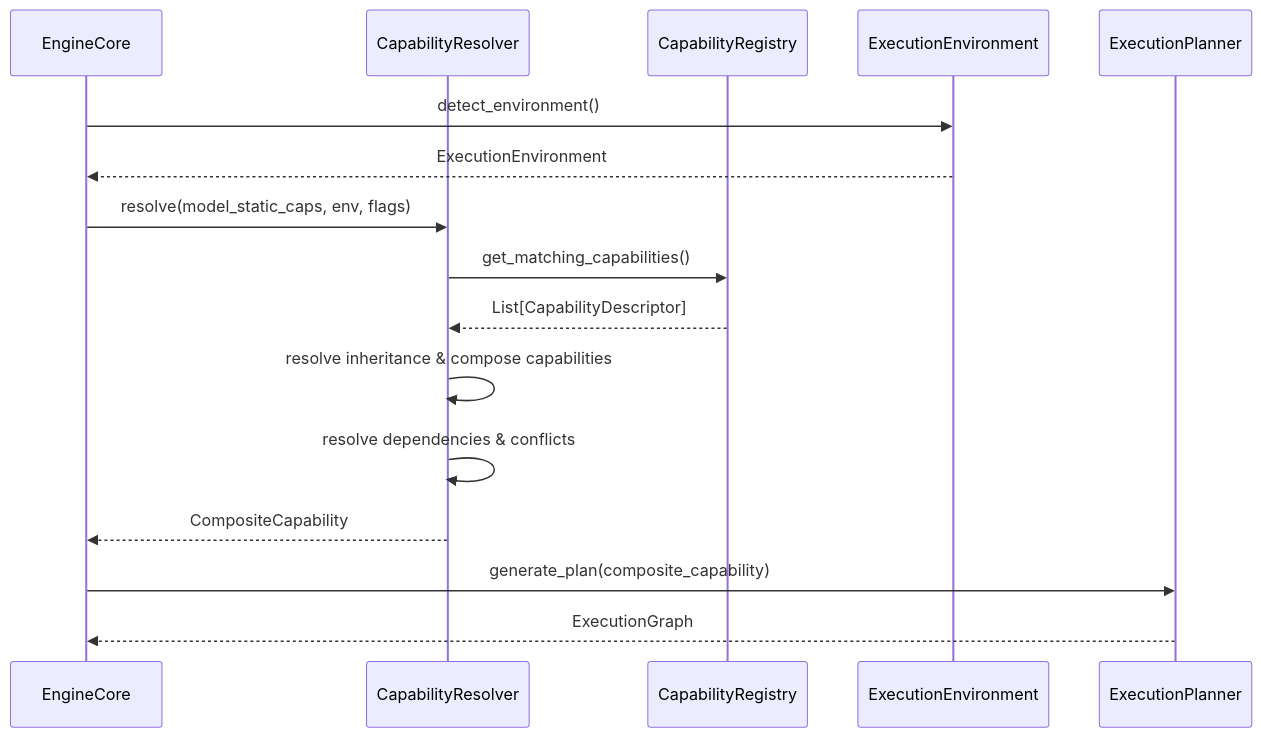
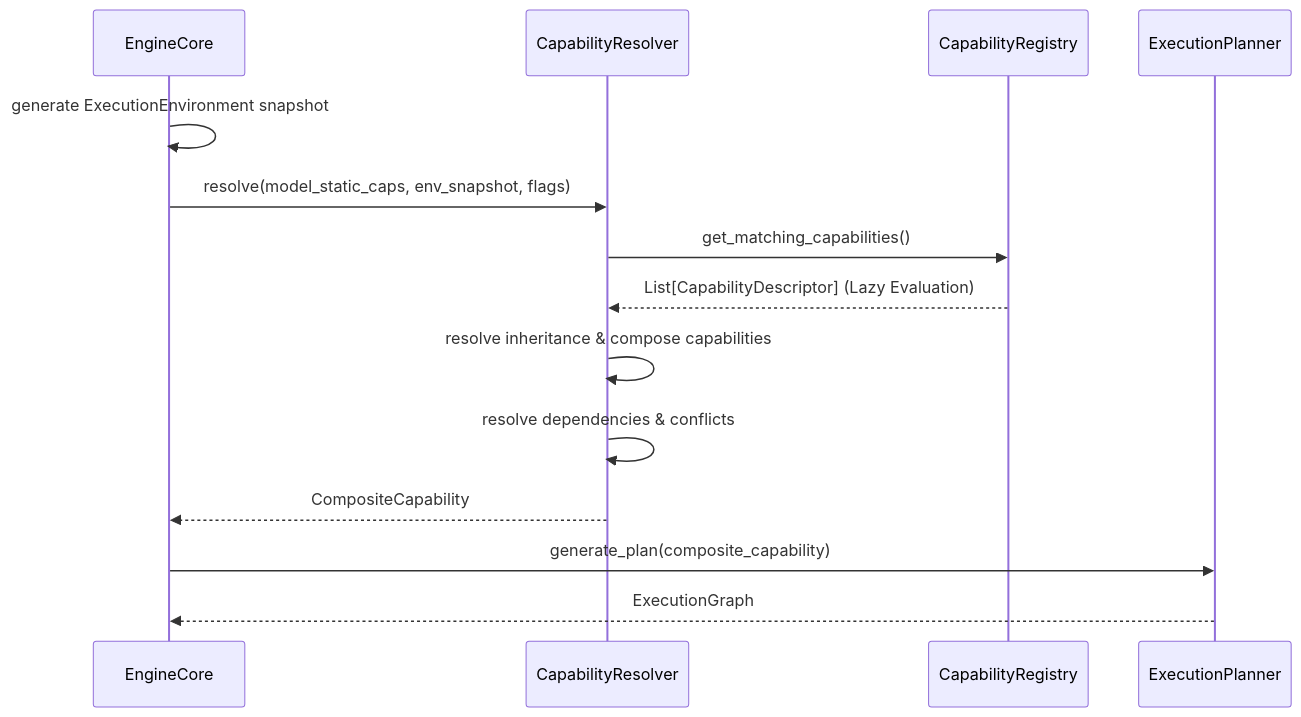
The second of 2 diagrams in docs/plan_docs/RAES-008.md (techychamp/omlx), drawn with Mermaid before and after one commit. The commit also changed other lines of this file, not shown here.

Commit message:
docs: Add RAES-008 Runtime Capability Registry implementation plan

````diff
--- a/docs/plan_docs/RAES-008.md
+++ b/docs/plan_docs/RAES-008.md
@@ -201,19 +213,17 @@
 ```mermaid
 sequenceDiagram
     participant EngineCore
     participant Resolver as CapabilityResolver
     participant Registry as CapabilityRegistry
-    participant Env as ExecutionEnvironment
     participant Planner as ExecutionPlanner
 
-    EngineCore->>Env: detect_environment()
-    Env-->>EngineCore: ExecutionEnvironment
-    EngineCore->>Resolver: resolve(model_static_caps, env, flags)
+    EngineCore->>EngineCore: generate ExecutionEnvironment snapshot
+    EngineCore->>Resolver: resolve(model_static_caps, env_snapshot, flags)
     Resolver->>Registry: get_matching_capabilities()
-    Registry-->>Resolver: List[CapabilityDescriptor]
+    Registry-->>Resolver: List[CapabilityDescriptor] (Lazy Evaluation)
     Resolver->>Resolver: resolve inheritance & compose capabilities
     Resolver->>Resolver: resolve dependencies & conflicts
     Resolver-->>EngineCore: CompositeCapability
     EngineCore->>Planner: generate_plan(composite_capability)
     Planner-->>EngineCore: ExecutionGraph
 ```
````
